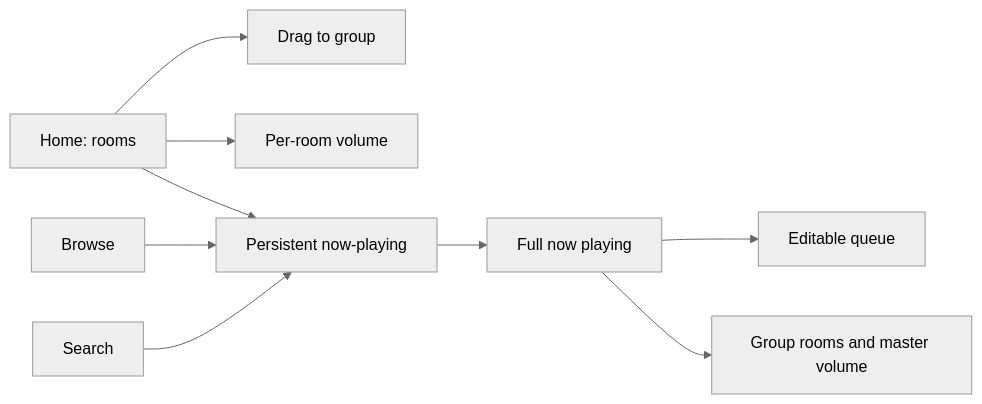
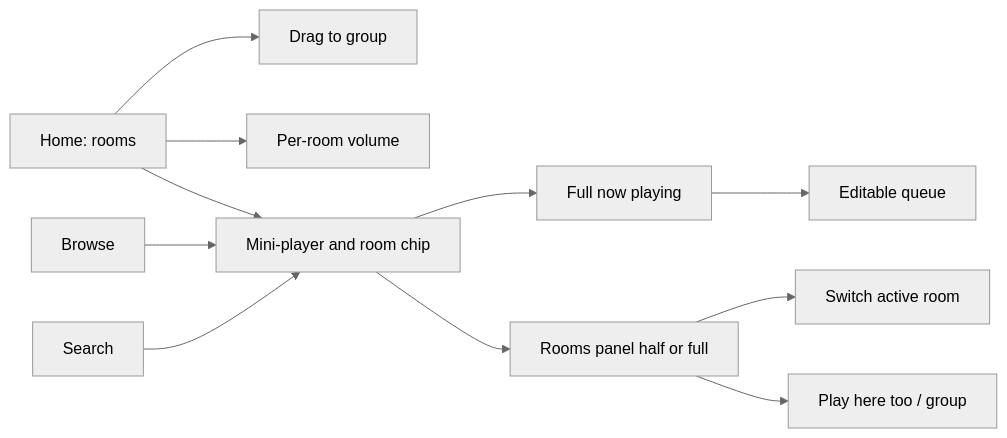
The first of 2 diagrams in docs/architecture.md (mhatzis/freesounder), drawn with Mermaid (neutral theme) before and after one commit. The commit also changed other lines of this file, not shown here.

Commit message:
docs: add persistent rooms and grouping panel design (section 2.7)

````diff
--- a/docs/architecture.md
+++ b/docs/architecture.md
@@ -154,11 +154,13 @@
 ```mermaid
 flowchart LR
   Home[Home: rooms] --> Group[Drag to group]
   Home --> Tile[Per-room volume]
-  Home --> Bar[Persistent now-playing]
-  Bar --> Sheet[Full now playing]
-  Sheet --> Queue[Editable queue]
-  Sheet --> Rooms[Group rooms and master volume]
+  Home --> Bar[Mini-player and room chip]
+  Bar --> NP[Full now playing]
+  Bar --> Panel[Rooms panel half or full]
+  NP --> Queue[Editable queue]
+  Panel --> Switch[Switch active room]
+  Panel --> Join[Play here too / group]
   Browse[Browse] --> Bar
   Search[Search] --> Bar
 ```
````
